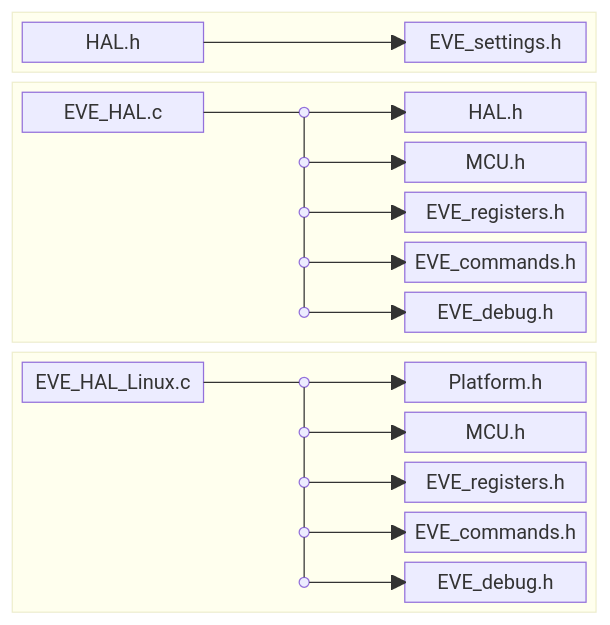
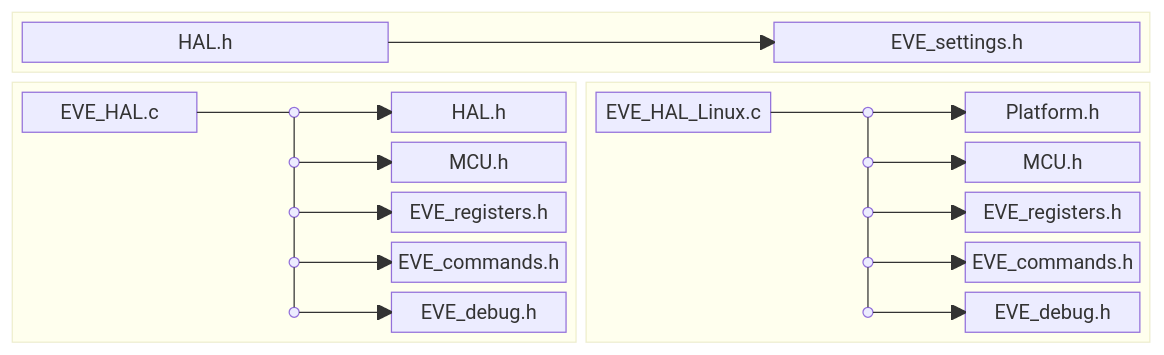
One commit to Bridgetek/Eve-MCU-Dev changed the sixth of 11 diagrams in README.md. Above: the diagram before and after it, drawn with Mermaid. The commit also changed other lines of this file, not shown here.

Commit message:
revert HAL layer formatting in dependency diagram

````diff
--- a/README.md
+++ b/README.md
@@ -356,49 +356,49 @@
 ```mermaid
 block
 columns 4
 
   block:HEADER[" "]:4
     columns 3
     A1["HAL.h"]     space       B1["EVE_settings.h"]
     A1 --> B1
   end 
 
-  block:MCU_LAYER[" "]:4
+  block:MCU_LAYER[" "]:2
     columns 3
     A2["EVE_HAL.c"] X2((" "))   B2["HAL.h"]             
     space           X3((" "))   B3["MCU.h"]             
     space           X4((" "))   B4["EVE_registers.h"]   
     space           X5((" "))   B5["EVE_commands.h"]    
     space           X6((" "))   B6["EVE_debug.h"]       
     A2 --- X2
     X2 --- X3
     X3 --- X4
     X4 --- X5
     X5 --- X6
     X2 --> B2
     X3 --> B3
     X4 --> B4
     X5 --> B5
     X6 --> B6
   end
 
-  block:PLATFORM_LAYER[" "]:4
+  block:PLATFORM_LAYER[" "]:2
     columns 3
     A3["EVE_HAL_Linux.c"]  X7((" "))   B7["Platform.h"]
     space                  X8((" "))   B8["MCU.h"] 
     space                  X9((" "))   B9["EVE_registers.h"]
     space                  X10((" "))  B10["EVE_commands.h"]
     space                  X11((" "))  B11["EVE_debug.h"]
     A3 --- X7
     X7 --- X8
     X8 --- X9
     X9 --- X10
     X10 --- X11
     X7 --> B7
     X8 --> B8
     X9 --> B9
     X10 --> B10
     X11 --> B11
   end
   
 ```
````
